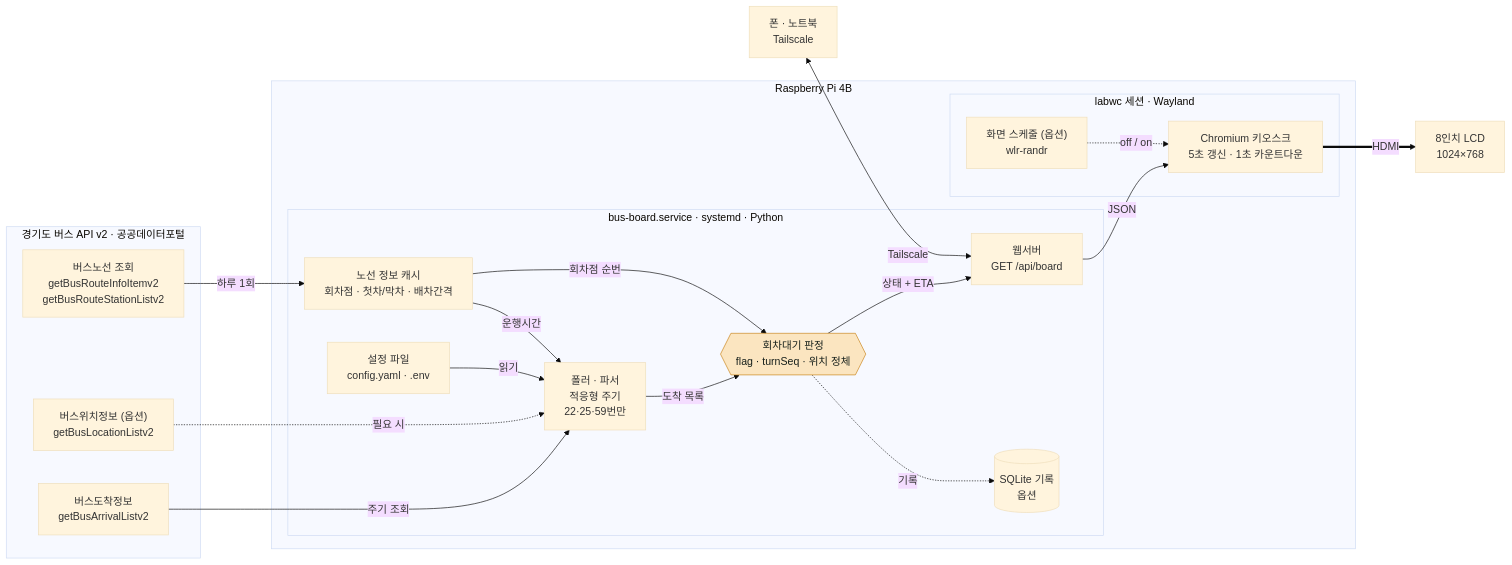
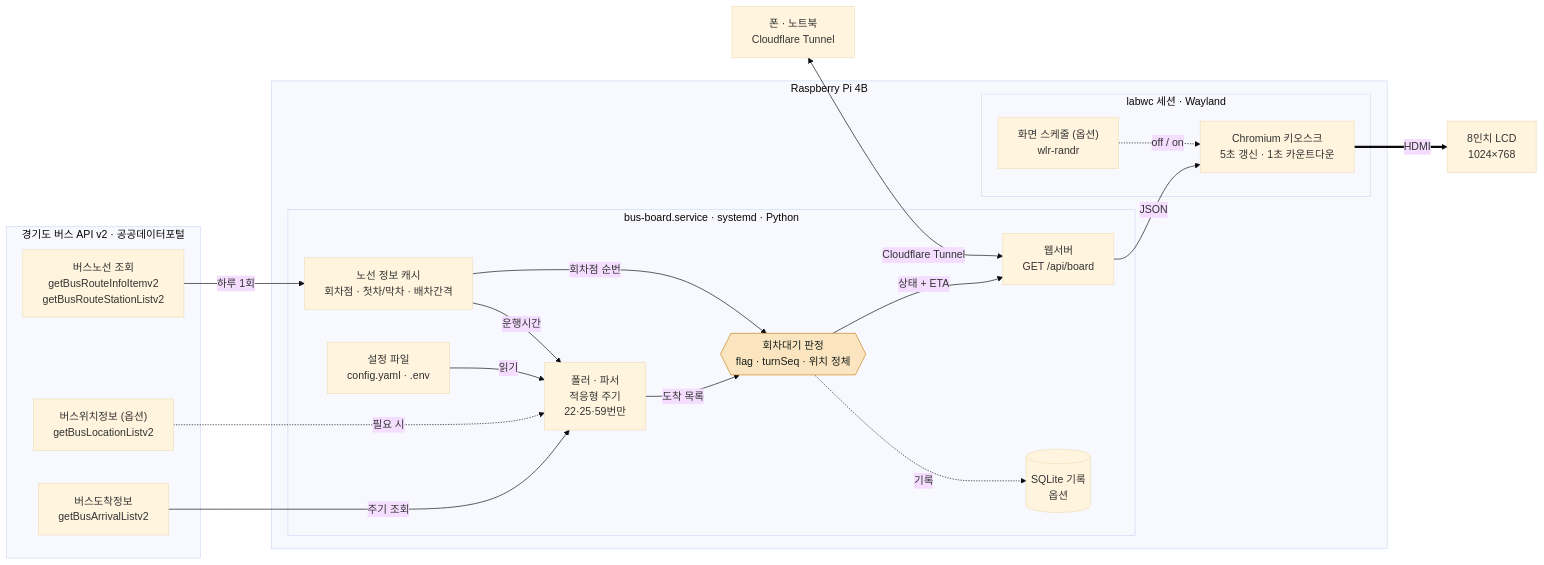
Before and after one commit to Hun0305/TrueETA: the second of 3 diagrams in docs/architecture.md, drawn with Mermaid (base theme). The commit also changed other lines of this file and 5 other files, not shown here.

First line of the commit message:
chore: systemd 자동시작 + Cloudflare Tunnel 외부 접속 지원

````diff
--- a/docs/architecture.md
+++ b/docs/architecture.md
@@ -81,43 +81,43 @@
 ```mermaid
 flowchart LR
     subgraph API["경기도 버스 API v2 · 공공데이터포털"]
         A_ROUTE["버스노선 조회<br/>getBusRouteInfoItemv2<br/>getBusRouteStationListv2"]
         A_ARR["버스도착정보<br/>getBusArrivalListv2"]
         A_LOC["버스위치정보 (옵션)<br/>getBusLocationListv2"]
     end
 
     subgraph RPI["Raspberry Pi 4B"]
         subgraph SVC["bus-board.service · systemd · Python"]
             CFG["설정 파일<br/>config.yaml · .env"]
             POLL["폴러 · 파서<br/>적응형 주기<br/>22·25·59번만"]
             RCACHE["노선 정보 캐시<br/>회차점 · 첫차/막차 · 배차간격"]
             JUDGE{{"회차대기 판정<br/>flag · turnSeq · 위치 정체"}}
             WEB["웹서버<br/>GET /api/board"]
             DB[("SQLite 기록<br/>옵션")]
         end
         subgraph SES["labwc 세션 · Wayland"]
             SCHED["화면 스케줄 (옵션)<br/>wlr-randr"]
             KIOSK["Chromium 키오스크<br/>5초 갱신 · 1초 카운트다운"]
         end
     end
 
-    PHONE["폰 · 노트북<br/>Tailscale"]
+    PHONE["폰 · 노트북<br/>Cloudflare Tunnel"]
     LCD["8인치 LCD<br/>1024×768"]
 
     A_ROUTE -->|하루 1회| RCACHE
     A_ARR -->|주기 조회| POLL
     A_LOC -.->|필요 시| POLL
     CFG -->|읽기| POLL
     RCACHE -->|운행시간| POLL
     POLL -->|도착 목록| JUDGE
     RCACHE -->|회차점 순번| JUDGE
     JUDGE -->|상태 + ETA| WEB
     JUDGE -.->|기록| DB
     WEB -->|JSON| KIOSK
     SCHED -.->|off / on| KIOSK
     KIOSK ==>|HDMI| LCD
-    PHONE <-->|Tailscale| WEB
+    PHONE <-->|Cloudflare Tunnel| WEB
 
     classDef core fill:#FBE5C0,stroke:#C98217,color:#17201B
     class JUDGE core
 ```
````
